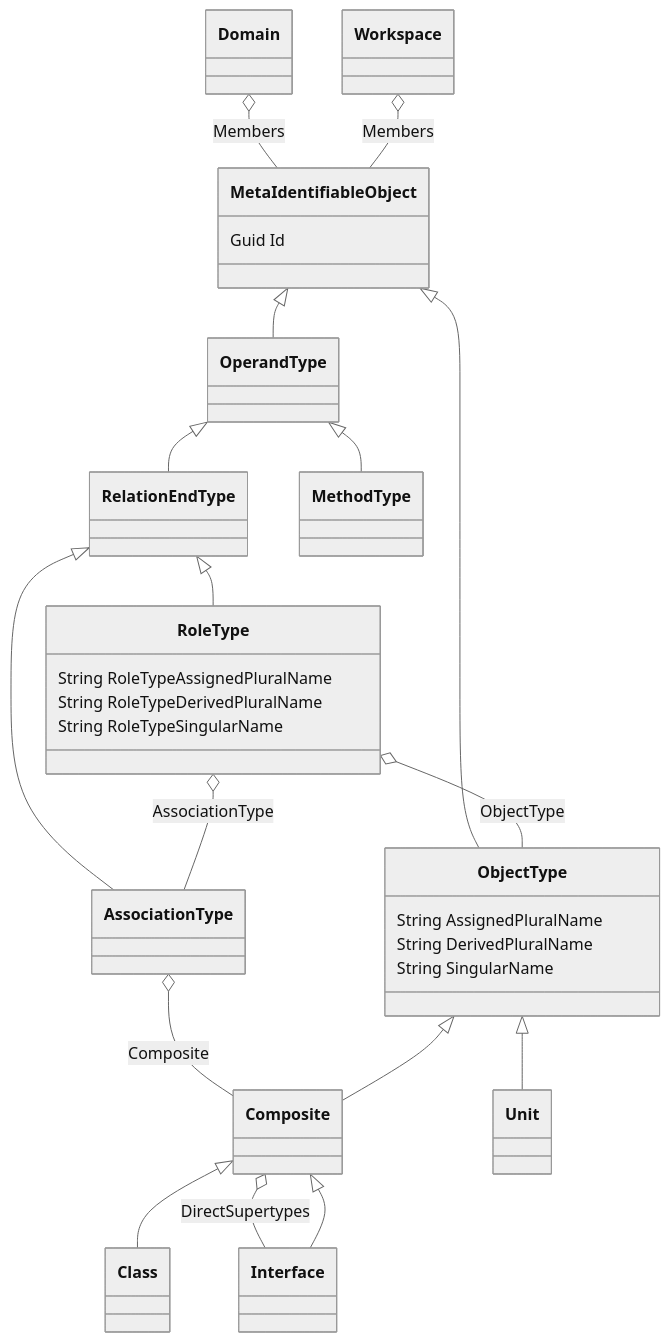
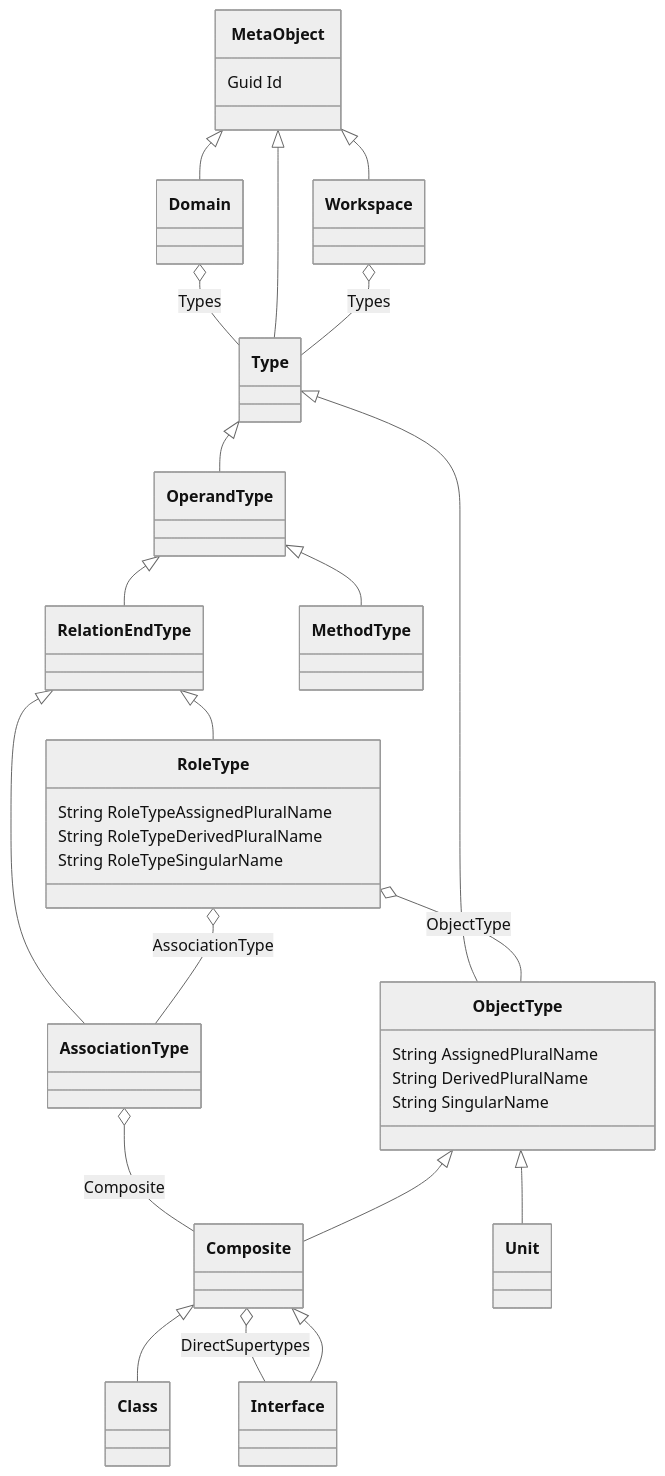
Before and after one commit to allors/core: the diagram in README.md, drawn with Mermaid (neutral theme). The commit also changed 1 other file, not shown here.

````diff
--- a/README.md
+++ b/README.md
@@ -6,39 +6,44 @@
 ```mermaid
 classDiagram
     class AssociationType
     RelationEndType <|-- AssociationType
     AssociationType o-- Composite : Composite
     class Class
     Composite <|-- Class
     class Composite
     ObjectType <|-- Composite
     Composite o-- Interface : DirectSupertypes
     class Domain
-    Domain o-- MetaIdentifiableObject : Members
+    MetaObject <|-- Domain
+    Domain o-- Type : Types
     class Interface
     Composite <|-- Interface
-    class MetaIdentifiableObject
-    MetaIdentifiableObject : Guid Id
+    class MetaObject
+    MetaObject : Guid Id
     class MethodType
     OperandType <|-- MethodType
     class ObjectType
-    MetaIdentifiableObject <|-- ObjectType
+    Type <|-- ObjectType
     ObjectType : String AssignedPluralName
     ObjectType : String DerivedPluralName
     ObjectType : String SingularName
     class OperandType
-    MetaIdentifiableObject <|-- OperandType
+    Type <|-- OperandType
     class RelationEndType
     OperandType <|-- RelationEndType
     class RoleType
     RelationEndType <|-- RoleType
     RoleType o-- AssociationType : AssociationType
     RoleType o-- ObjectType : ObjectType
     RoleType : String RoleTypeAssignedPluralName
     RoleType : String RoleTypeDerivedPluralName
     RoleType : String RoleTypeSingularName
+    class Type
+    MetaObject <|-- Type
     class Unit
     ObjectType <|-- Unit
     class Workspace
-    Workspace o-- MetaIdentifiableObject : Members
+    MetaObject <|-- Workspace
+    Workspace o-- Type : Types
+
 ```
````
